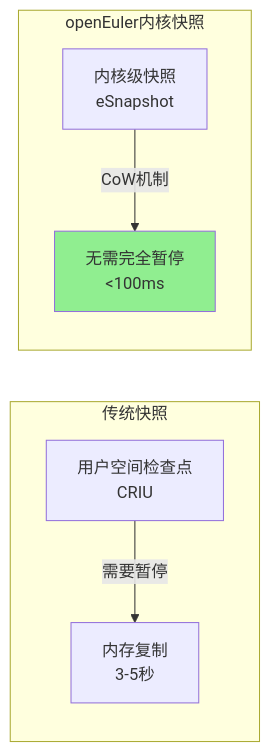
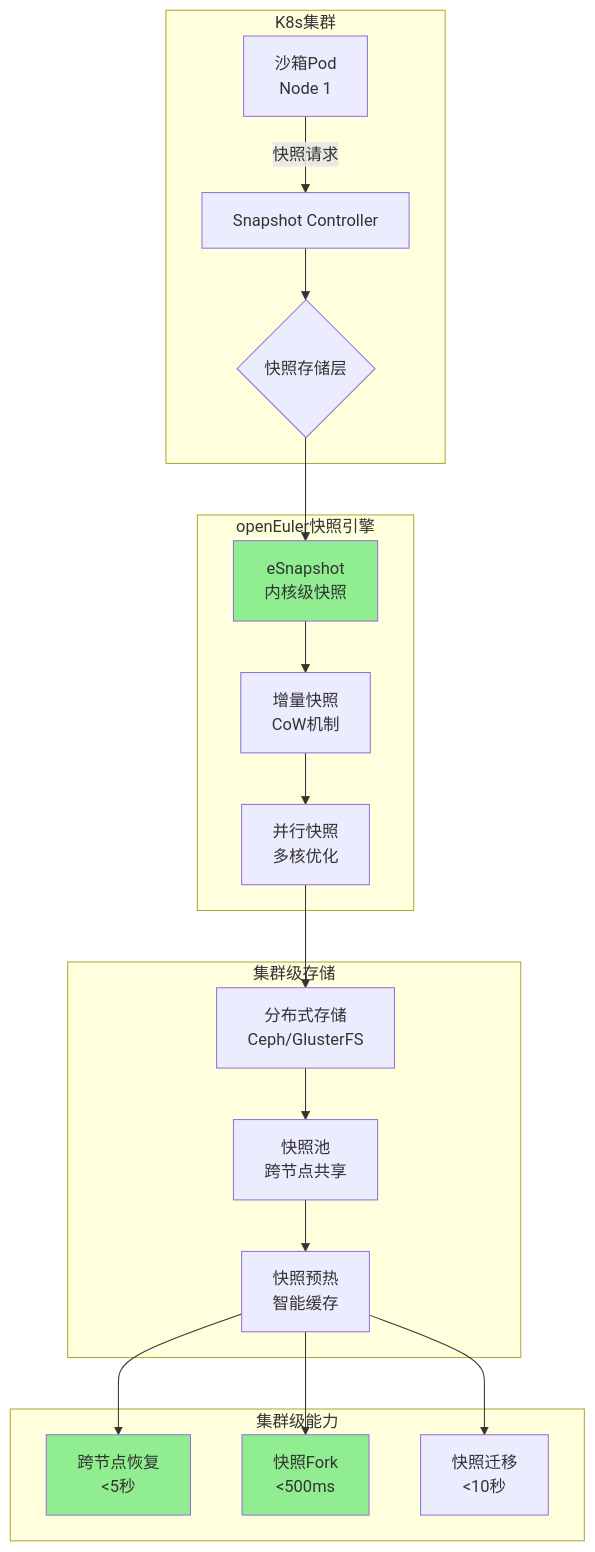
Diagram 11 of 21 in docs/superpowers/specs/2026-03-22-agent-sandbox-technical-roadmap.md (QJWang23/sandbox), drawn with Mermaid before and after one commit. The commit also changed other lines of this file, not shown here.

First line of the commit message:
Update technical roadmap with cluster-level infrastructure focus

````diff
--- a/docs/superpowers/specs/2026-03-22-agent-sandbox-technical-roadmap.md
+++ b/docs/superpowers/specs/2026-03-22-agent-sandbox-technical-roadmap.md
@@ -421,12 +427,29 @@
 ```mermaid
-graph LR
-    subgraph "传统快照"
-        A[用户空间检查点<br/>CRIU] -->|需要暂停| B[内存复制<br/>3-5秒]
+graph TB
+    subgraph "K8s集群"
+        A[沙箱Pod<br/>Node 1] -->|快照请求| B[Snapshot Controller]
+        B --> C{快照存储层}
     end
 
-    subgraph "openEuler内核快照"
-        C[内核级快照<br/>eSnapshot] -->|CoW机制| D[无需完全暂停<br/><100ms]
+    subgraph "openEuler快照引擎"
+        C --> D[eSnapshot<br/>内核级快照]
+        D --> E[增量快照<br/>CoW机制]
+        E --> F[并行快照<br/>多核优化]
+    end
+
+    subgraph "集群级存储"
+        F --> G[分布式存储<br/>Ceph/GlusterFS]
+        G --> H[快照池<br/>跨节点共享]
+        H --> I[快照预热<br/>智能缓存]
+    end
+
+    subgraph "集群级能力"
+        I --> J[跨节点恢复<br/><5秒]
+        I --> K[快照Fork<br/><500ms]
+        I --> L[快照迁移<br/><10秒]
     end
 
     style D fill:#90EE90
+    style J fill:#90EE90
+    style K fill:#90EE90
 ```
````
